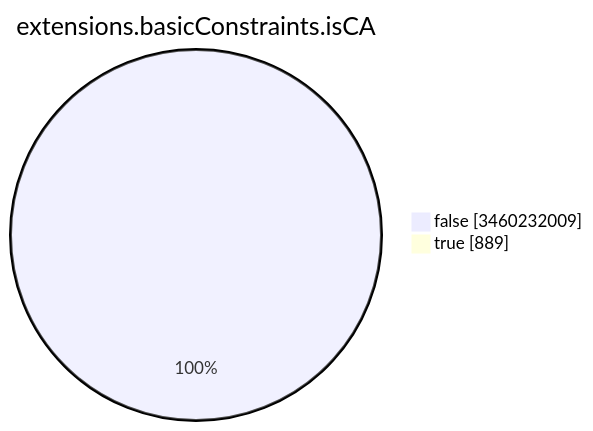
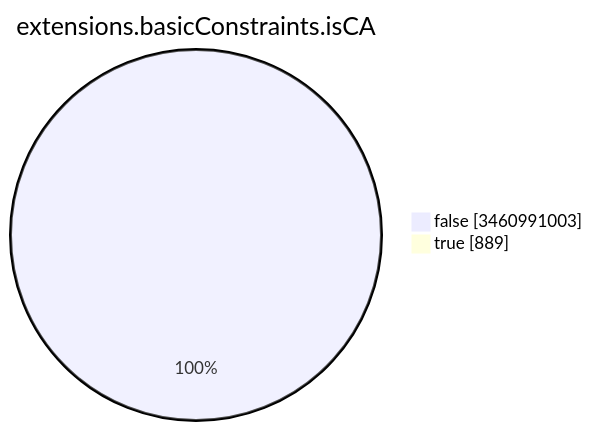
Before and after one commit to christiankrug/ctmonitor_visualization: the seventh of 15 diagrams in TOTAL/README.md, drawn with Mermaid. The commit also changed other lines of this file, not shown here.

````diff
--- a/TOTAL/README.md
+++ b/TOTAL/README.md
@@ -3093,6 +3093,6 @@
 ```mermaid
 pie showData
 title extensions.basicConstraints.isCA
-"false" :3460232009
+"false" :3460991003
 "true" :889
 ```
````
